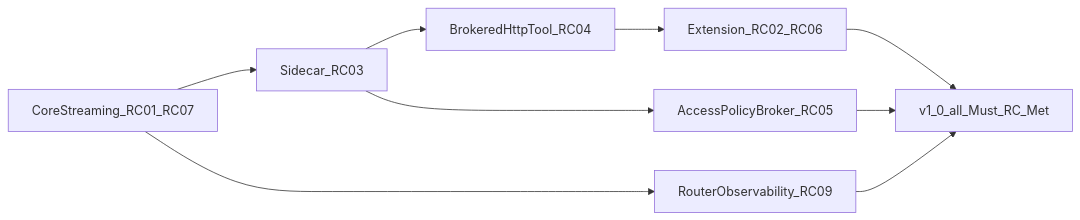
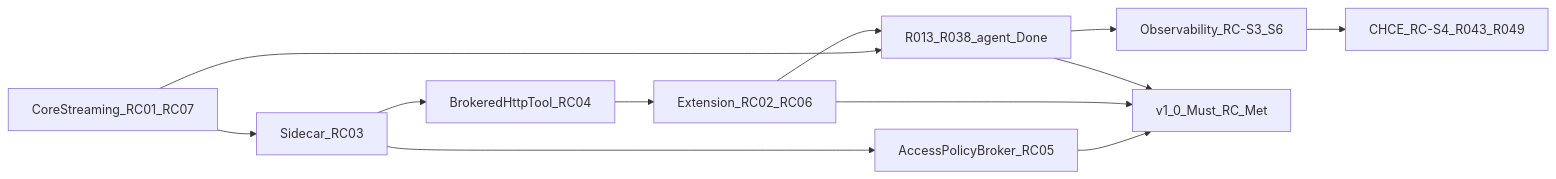
One commit to thsfranca/rex changed the diagram in docs/ROADMAP.md. Above: the diagram before and after it, drawn with Mermaid. The commit also changed other lines of this file and 10 other files, not shown here.

First line of the commit message:
docs: expand v1.0 observability scope and reprioritize roadmaps (#280)

````diff
--- a/docs/ROADMAP.md
+++ b/docs/ROADMAP.md
@@ -33,18 +37,23 @@
 ```mermaid
 flowchart LR
   core[CoreStreaming_RC01_RC07]
   side[Sidecar_RC03]
   broker[BrokeredHttpTool_RC04]
   ext[Extension_RC02_RC06]
   policyBroker[AccessPolicyBroker_RC05]
-  router[RouterObservability_RC09]
-  v1[v1_0_all_Must_RC_Met]
+  agent[R013_R038_agent_Done]
+  obs[Observability_RC-S3_S6]
+  chce[CHCE_RC-S4_R043_R049]
+  v1[v1_0_Must_RC_Met]
   core --> side
   side --> broker
   broker --> ext
   side --> policyBroker
-  core --> router
+  core --> agent
+  ext --> agent
+  agent --> obs
+  obs --> chce
+  policyBroker --> v1
   ext --> v1
-  policyBroker --> v1
-  router --> v1
+  agent --> v1
 ```
````
